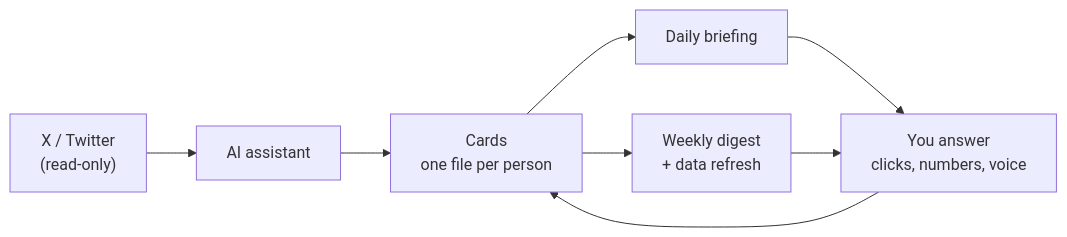
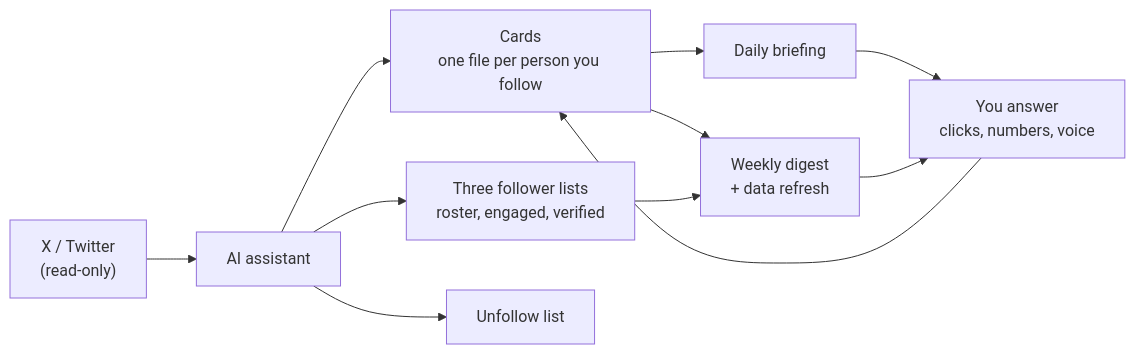
One commit to azkian1/xGrok-network changed the diagram in README.md. Above: the diagram before and after it, drawn with Mermaid. The commit also changed other lines of this file and 7 other files, not shown here.

````diff
--- a/README.md
+++ b/README.md
@@ -46,10 +46,13 @@
 ```mermaid
 flowchart LR
     X["X / Twitter<br/>(read-only)"] --> A["AI assistant"]
-    A --> C["Cards<br/>one file per person"]
+    A --> C["Cards<br/>one file per person you follow"]
+    A --> L["Three follower lists<br/>roster, engaged, verified"]
+    A --> Q["Unfollow list"]
     C --> D["Daily briefing"]
     C --> W["Weekly digest<br/>+ data refresh"]
+    L --> W
     D --> Y["You answer<br/>clicks, numbers, voice"]
     W --> Y
     Y --> C
 ```
````
